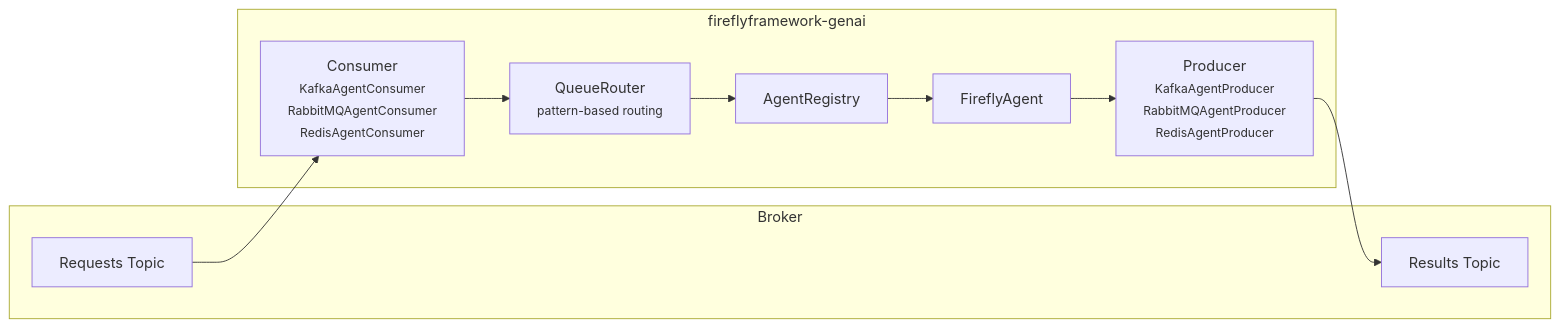
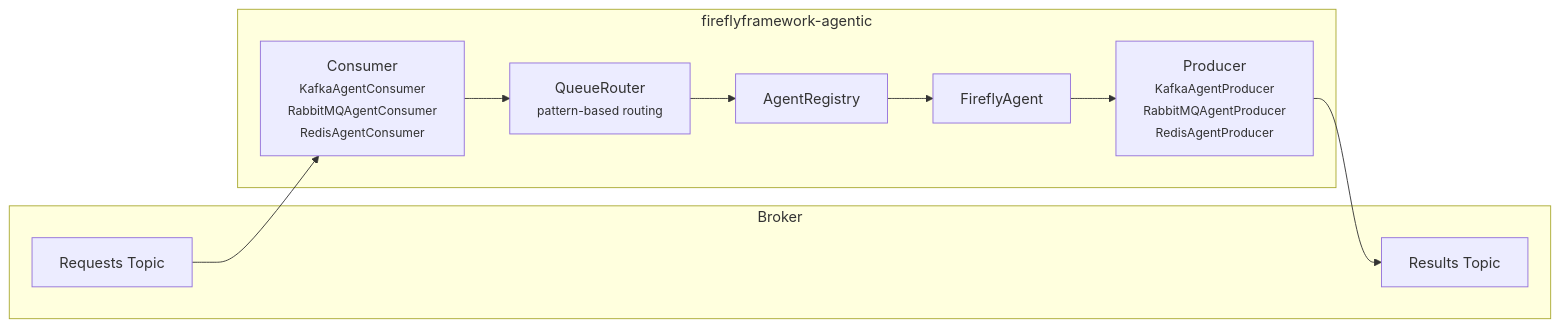
The seventh of 9 diagrams in docs/tutorial.md (fireflyframework/fireflyframework-genai), drawn with Mermaid before and after one commit. The commit also changed other lines of this file and 576 other files, not shown here.

First line of the commit message:
refactor: rename fireflyframework-genai to fireflyframework-agentic

````diff
--- a/docs/tutorial.md
+++ b/docs/tutorial.md
@@ -3470,22 +3470,22 @@
 ```mermaid
 flowchart LR
     subgraph Broker
         REQ["Requests Topic"]
         RES["Results Topic"]
     end
 
-    subgraph fireflyframework-genai
+    subgraph fireflyframework-agentic
         CONS["Consumer<br/><small>KafkaAgentConsumer<br/>RabbitMQAgentConsumer<br/>RedisAgentConsumer</small>"]
         ROUTER["QueueRouter<br/><small>pattern-based routing</small>"]
         REG["AgentRegistry"]
         AGT["FireflyAgent"]
         PROD["Producer<br/><small>KafkaAgentProducer<br/>RabbitMQAgentProducer<br/>RedisAgentProducer</small>"]
     end
 
     REQ --> CONS
     CONS --> ROUTER
     ROUTER --> REG
     REG --> AGT
     AGT --> PROD
     PROD --> RES
 ```
````
